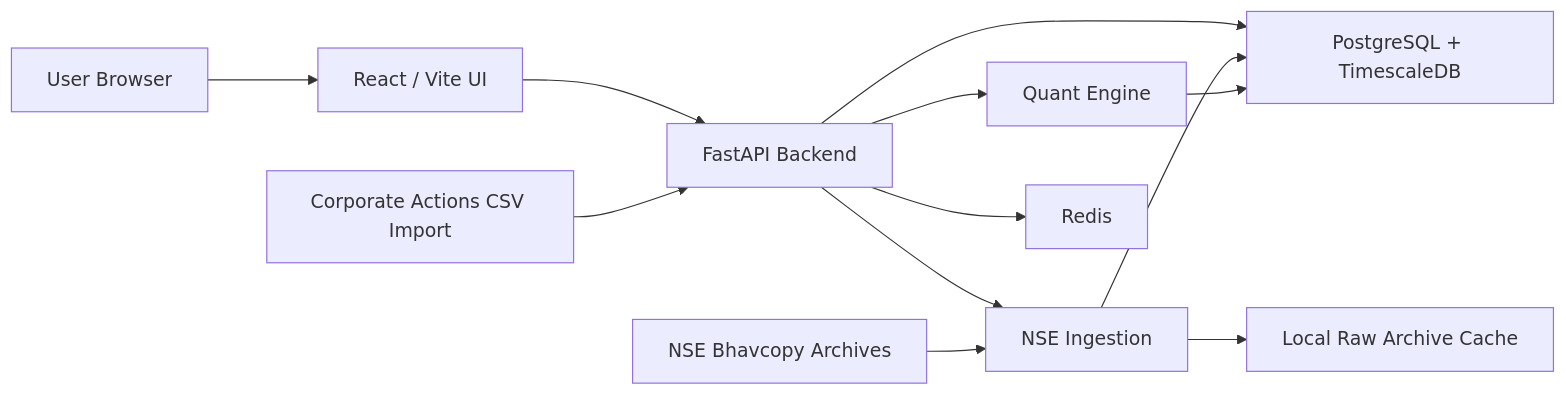
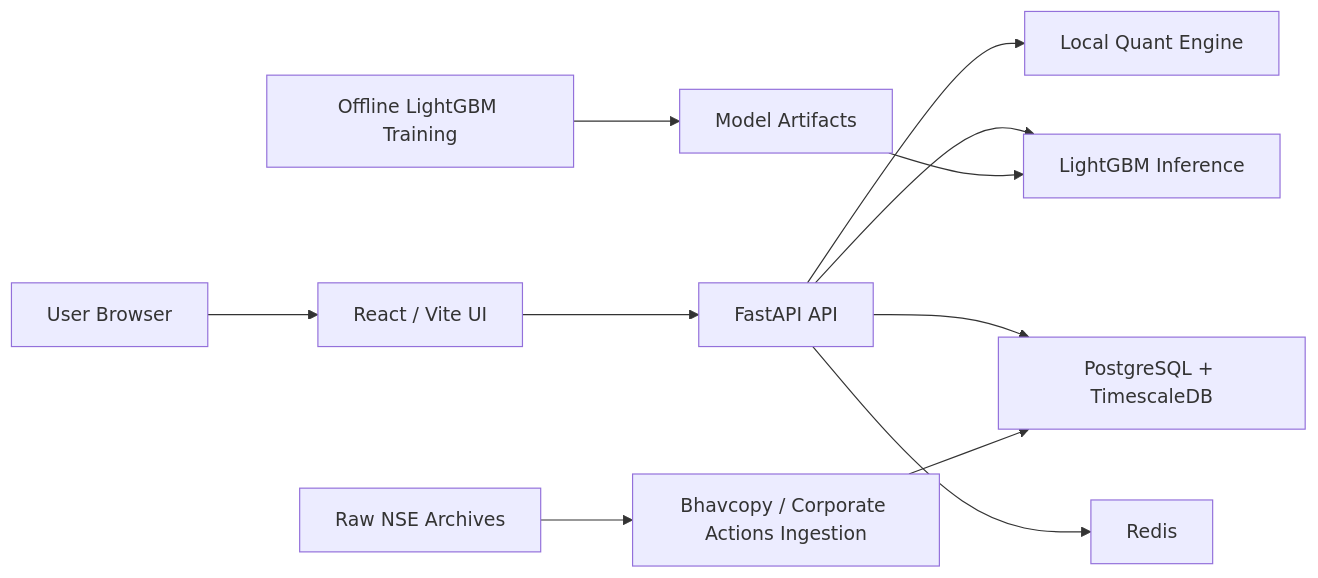
One commit to shahpruthaa/capstone changed the diagram in docs/architecture.md. Above: the diagram before and after it, drawn with Mermaid. The commit also changed other lines of this file and 43 other files, not shown here.

````diff
--- a/docs/architecture.md
+++ b/docs/architecture.md
@@ -16,16 +17,15 @@
 ```mermaid
 flowchart LR
     U["User Browser"] --> WEB["React / Vite UI"]
-    WEB --> API["FastAPI Backend"]
+    WEB --> API["FastAPI API"]
 
-    API --> QE["Quant Engine"]
-    API --> ING["NSE Ingestion"]
+    API --> QE["Local Quant Engine"]
+    API --> ML["LightGBM Inference"]
     API --> PG["PostgreSQL + TimescaleDB"]
     API --> REDIS["Redis"]
 
-    NSE["NSE Bhavcopy Archives"] --> ING
-    CA["Corporate Actions CSV Import"] --> API
-    ING --> RAW["Local Raw Archive Cache"]
-    ING --> PG
-    QE --> PG
+    ING["Bhavcopy / Corporate Actions Ingestion"] --> PG
+    RAW["Raw NSE Archives"] --> ING
+    MLTRAIN["Offline LightGBM Training"] --> ART["Model Artifacts"]
+    ART --> ML
 ```
````
